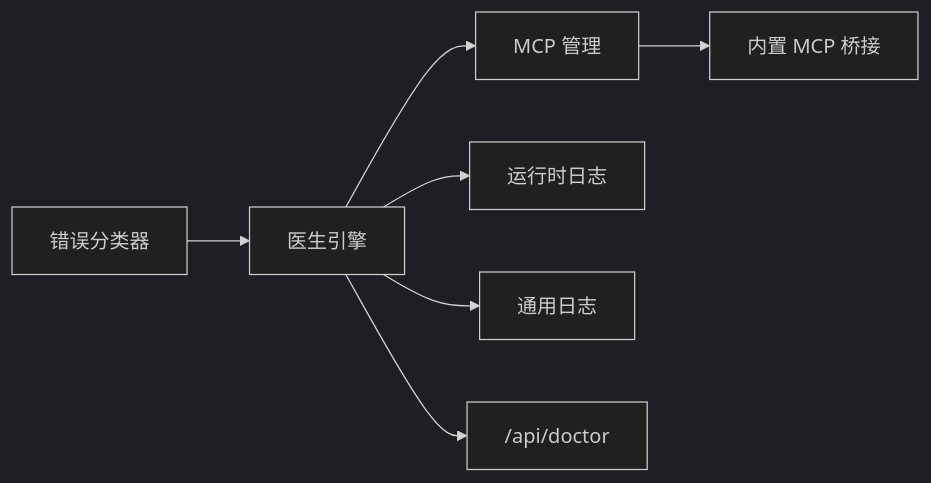
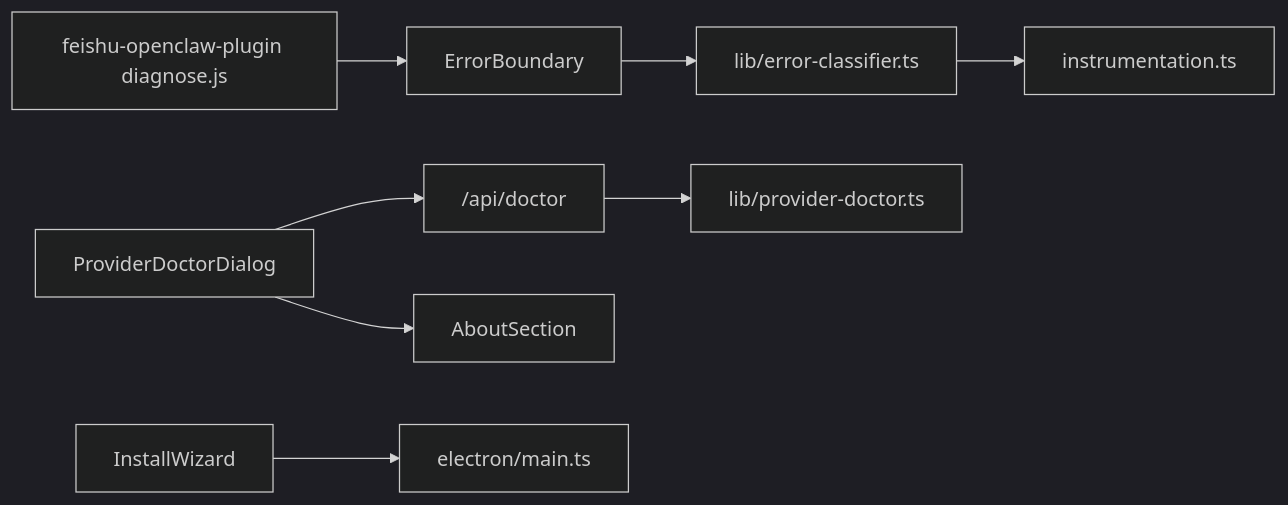
Before and after one commit to haolange/CodePilot: the third of 4 diagrams in .qoder/repowiki/zh/content/故障排除.md, drawn with Mermaid (dark theme). The commit also changed other lines of this file and 203 other files, not shown here.

````diff
--- a/.qoder/repowiki/zh/content/故障排除.md
+++ b/.qoder/repowiki/zh/content/故障排除.md
@@ -277,9 +262,10 @@
 ```mermaid
 graph LR
-EC["错误分类器"] --> PD["医生引擎"]
-PD --> MCP["MCP 管理"]
-MCP --> BR["内置 MCP 桥接"]
-PD --> RL["运行时日志"]
-PD --> LOG["通用日志"]
-PD --> API["/api/doctor"]
+UI["ProviderDoctorDialog"] --> API["/api/doctor"]
+API --> PD["lib/provider-doctor.ts"]
+EB["ErrorBoundary"] --> EC["lib/error-classifier.ts"]
+EC --> INST["instrumentation.ts"]
+WZ["InstallWizard"] --> EMAIN["electron/main.ts"]
+UI --> ABOUT["AboutSection"]
+FESHIU["feishu-openclaw-plugin diagnose.js"] --> EB
 ```
````
